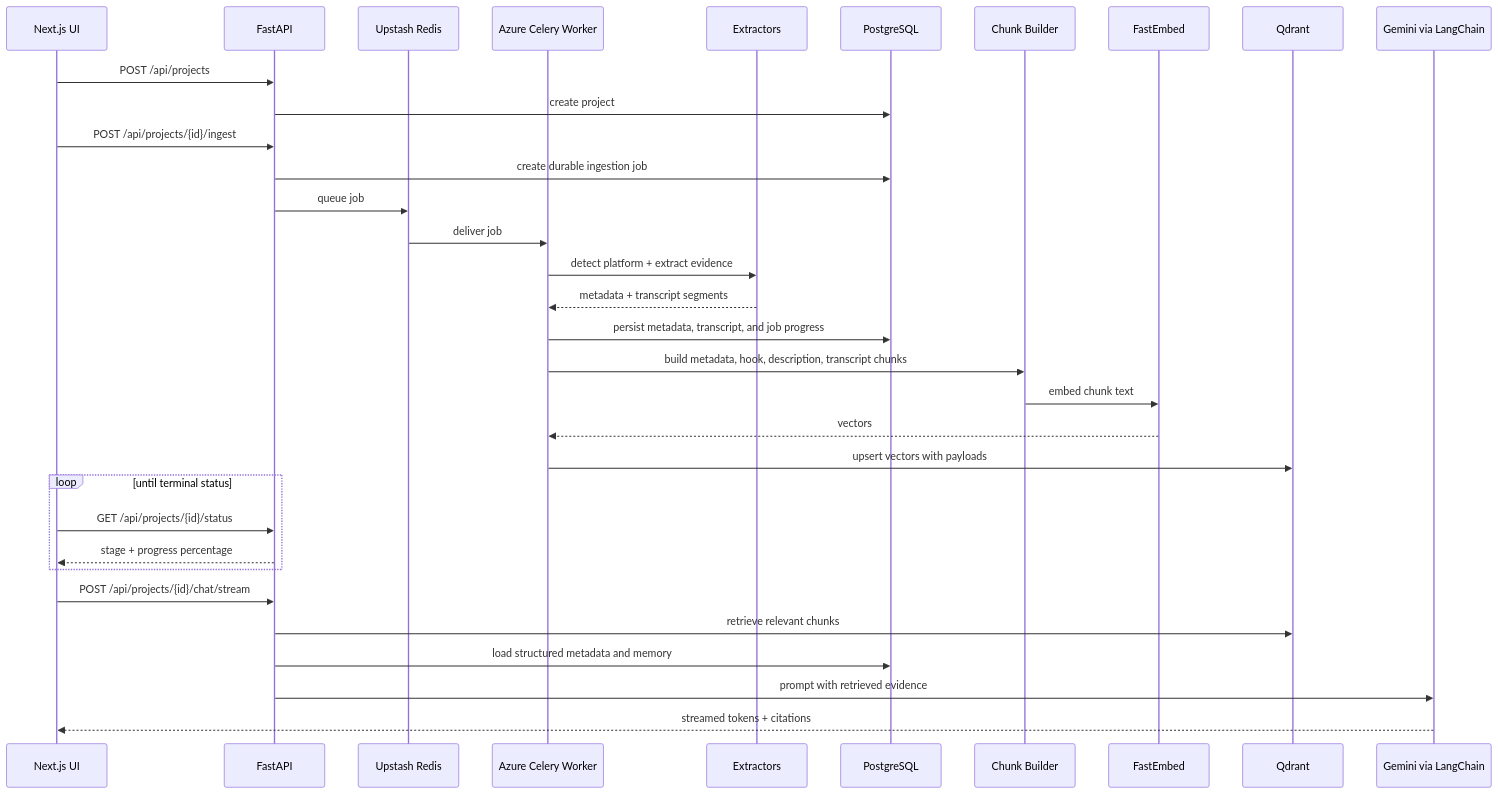
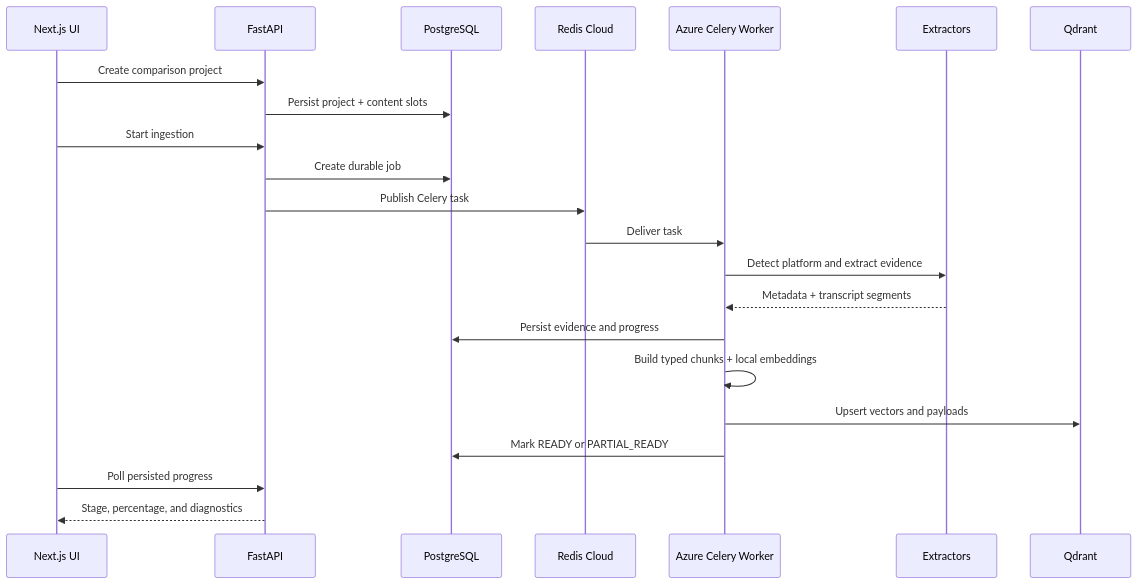
One commit to DiloJan-26/CreatorLens-AI changed the third of 4 diagrams in README.md. Above: the diagram before and after it, drawn with Mermaid. The commit also changed other lines of this file and 8 other files, not shown here.

````diff
--- a/README.md
+++ b/README.md
@@ -115,36 +336,25 @@
 ```mermaid
 sequenceDiagram
     participant UI as Next.js UI
     participant API as FastAPI
-    participant Q as Upstash Redis
+    participant DB as PostgreSQL
+    participant R as Redis Cloud
     participant W as Azure Celery Worker
-    participant EX as Extractors
-    participant DB as PostgreSQL
-    participant CB as Chunk Builder
-    participant EMB as FastEmbed
-    participant VDB as Qdrant
-    participant LLM as Gemini via LangChain
+    participant X as Extractors
+    participant Q as Qdrant
 
-    UI->>API: POST /api/projects
-    API->>DB: create project
-    UI->>API: POST /api/projects/{id}/ingest
-    API->>DB: create durable ingestion job
-    API->>Q: queue job
-    Q->>W: deliver job
-    W->>EX: detect platform + extract evidence
-    EX-->>W: metadata + transcript segments
-    W->>DB: persist metadata, transcript, and job progress
-    W->>CB: build metadata, hook, description, transcript chunks
-    CB->>EMB: embed chunk text
-    EMB-->>W: vectors
-    W->>VDB: upsert vectors with payloads
-    loop until terminal status
-        UI->>API: GET /api/projects/{id}/status
-        API-->>UI: stage + progress percentage
-    end
-    UI->>API: POST /api/projects/{id}/chat/stream
-    API->>VDB: retrieve relevant chunks
-    API->>DB: load structured metadata and memory
-    API->>LLM: prompt with retrieved evidence
-    LLM-->>UI: streamed tokens + citations
+    UI->>API: Create comparison project
+    API->>DB: Persist project + content slots
+    UI->>API: Start ingestion
+    API->>DB: Create durable job
+    API->>R: Publish Celery task
+    R->>W: Deliver task
+    W->>X: Detect platform and extract evidence
+    X-->>W: Metadata + transcript segments
+    W->>DB: Persist evidence and progress
+    W->>W: Build typed chunks + local embeddings
+    W->>Q: Upsert vectors and payloads
+    W->>DB: Mark READY or PARTIAL_READY
+    UI->>API: Poll persisted progress
+    API-->>UI: Stage, percentage, and diagnostics
 ```
````
